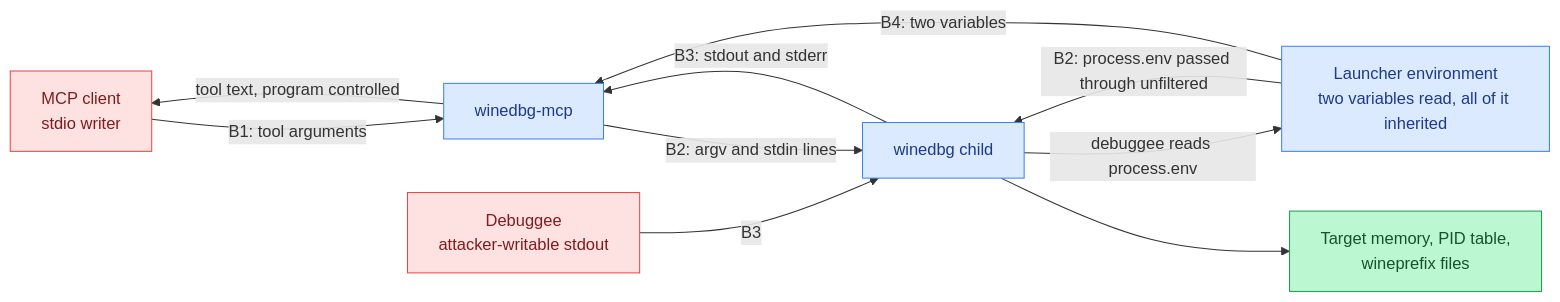
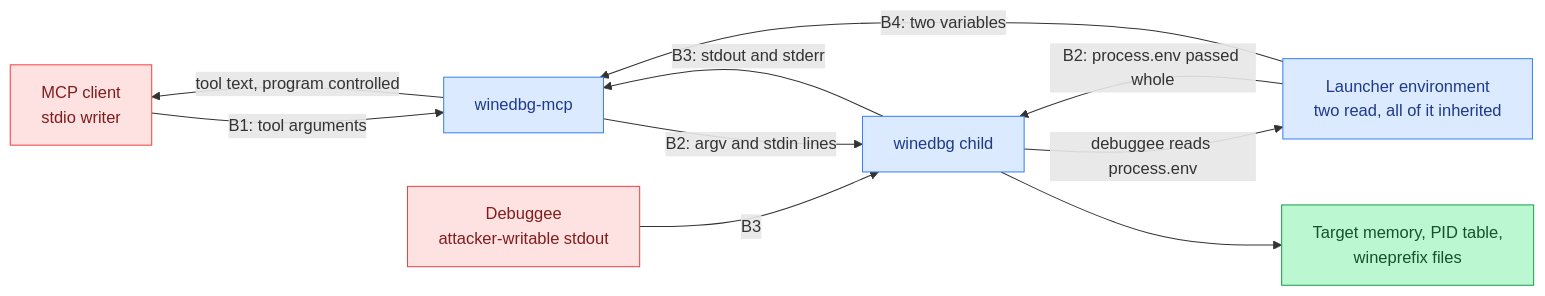
Before and after one commit to maci0/winedbg-mcp: the diagram in docs/THREAT_MODEL.md, drawn with Mermaid. The commit also changed other lines of this file and 1 other file, not shown here.

Commit message:
docs: rebuild the threat model against the server source and retract false README claims

````diff
--- a/docs/THREAT_MODEL.md
+++ b/docs/THREAT_MODEL.md
@@ -114,16 +113,16 @@
 ```mermaid
 flowchart LR
   classDef trusted fill:#dbeafe,stroke:#3b82f6,color:#1e3a8a
   classDef untrusted fill:#fee2e2,stroke:#ef4444,color:#7f1d1d
   classDef asset fill:#bbf7d0,stroke:#16a34a,color:#14532d
 
   client["MCP client<br/>stdio writer"]:::untrusted -->|B1: tool arguments| server["winedbg-mcp"]:::trusted
-  env["Launcher environment<br/>two variables read, all of it inherited"]:::trusted -->|B4: two variables| server
-  env -->|B2: process.env passed through unfiltered| child["winedbg child"]:::trusted
+  env["Launcher environment<br/>two read, all of it inherited"]:::trusted -->|B4: two variables| server
+  env -->|B2: process.env passed whole| child["winedbg child"]:::trusted
   server -->|B2: argv and stdin lines| child
   child -->|B3: stdout and stderr| server
   target["Debuggee<br/>attacker-writable stdout"]:::untrusted -->|B3| child
   server -->|tool text, program controlled| client
   child --> mem["Target memory, PID table,<br/>wineprefix files"]:::asset
   child -->|"debuggee reads process.env"| env
 ```
````
